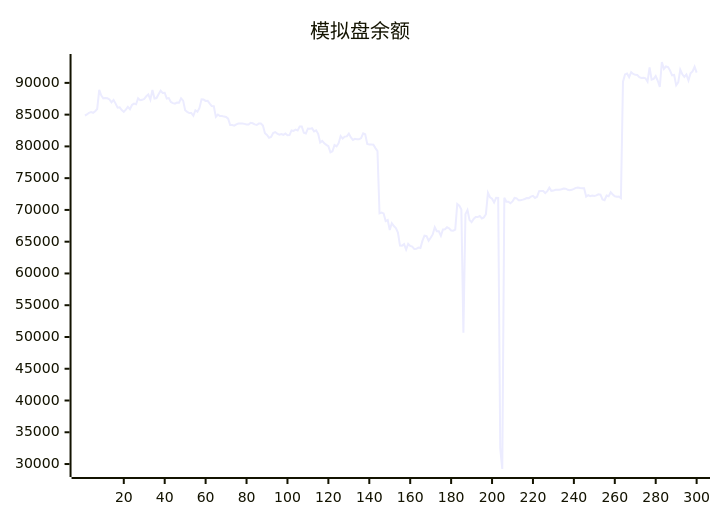
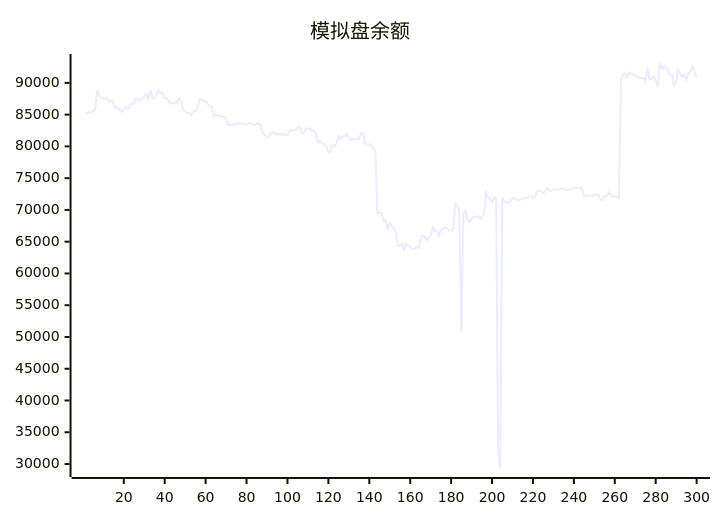
Before and after one commit to aahl/ai-trading: the diagram in README.md, drawn with Mermaid. The commit also changed other lines of this file and 1 other file, not shown here.

````diff
--- a/README.md
+++ b/README.md
@@ -5,5 +5,5 @@
 ```mermaid
 xychart
     title "模拟盘余额"
-    line [84864,85019,85284,85393,85294,85538,85894,88904,88012,87567,87625,87568,87386,86920,87313,86737,86094,86143,85725,85437,85787,86219,85859,86526,86740,86630,87563,87264,87335,87483,87886,88180,87335,88894,87544,87608,88207,88755,88401,88444,87543,87608,87000,86810,86740,86894,86884,87576,87209,85686,85435,85251,85255,84820,85689,85453,86066,87420,87373,87161,87178,86740,86341,86315,84643,85012,84772,84768,84690,84635,84376,83360,83357,83259,83474,83608,83606,83602,83548,83440,83454,83724,83644,83464,83365,83590,83592,83275,82072,81806,81344,81492,82109,82254,82006,81848,81955,81829,82022,81769,81776,82522,82441,82656,82498,83144,83144,82150,82038,82797,82763,82872,82367,82536,81981,80612,80862,80484,80242,80034,79063,79245,80226,80016,80507,81625,81233,81544,81578,82016,81401,81019,81186,81130,81118,81306,82066,81909,80392,80304,80291,80258,79729,79261,69466,69579,69456,68251,68415,66832,67911,67462,67144,66432,64380,64375,64606,63740,64647,64324,64216,63842,63877,64078,64008,65156,65945,65888,65157,65625,66144,67284,66653,66639,65924,66925,66956,67263,67108,66766,66729,66886,70927,70673,70049,50652,69334,69973,68400,68061,68578,68876,68879,69055,68662,68822,69329,72687,71999,71760,71162,71911,71896,32500,29218,71927,71297,71305,71044,71337,71883,71822,71536,71536,71622,71723,71880,71860,72100,72216,71887,72077,72940,72976,72966,72638,72948,73497,73004,73041,73173,73160,73186,73258,73375,73351,73173,73098,73161,73305,73474,73536,73457,73413,73412,72100,72333,72164,72272,72204,72285,72461,72421,71652,71521,72267,72157,72774,72424,72144,72060,72091,71858,90185,91338,91466,90900,91678,91404,91268,91244,90903,90779,90787,90721,90187,92429,90518,90619,91070,90328,89376,93286,92202,92581,92485,91947,91196,91259,89619,90086,92063,91355,90950,91327,90373,91498,91800,92531,91603]
+    line [85019,85284,85393,85294,85538,85894,88904,88012,87567,87625,87568,87386,86920,87313,86737,86094,86143,85725,85437,85787,86219,85859,86526,86740,86630,87563,87264,87335,87483,87886,88180,87335,88894,87544,87608,88207,88755,88401,88444,87543,87608,87000,86810,86740,86894,86884,87576,87209,85686,85435,85251,85255,84820,85689,85453,86066,87420,87373,87161,87178,86740,86341,86315,84643,85012,84772,84768,84690,84635,84376,83360,83357,83259,83474,83608,83606,83602,83548,83440,83454,83724,83644,83464,83365,83590,83592,83275,82072,81806,81344,81492,82109,82254,82006,81848,81955,81829,82022,81769,81776,82522,82441,82656,82498,83144,83144,82150,82038,82797,82763,82872,82367,82536,81981,80612,80862,80484,80242,80034,79063,79245,80226,80016,80507,81625,81233,81544,81578,82016,81401,81019,81186,81130,81118,81306,82066,81909,80392,80304,80291,80258,79729,79261,69466,69579,69456,68251,68415,66832,67911,67462,67144,66432,64380,64375,64606,63740,64647,64324,64216,63842,63877,64078,64008,65156,65945,65888,65157,65625,66144,67284,66653,66639,65924,66925,66956,67263,67108,66766,66729,66886,70927,70673,70049,50652,69334,69973,68400,68061,68578,68876,68879,69055,68662,68822,69329,72687,71999,71760,71162,71911,71896,32500,29218,71927,71297,71305,71044,71337,71883,71822,71536,71536,71622,71723,71880,71860,72100,72216,71887,72077,72940,72976,72966,72638,72948,73497,73004,73041,73173,73160,73186,73258,73375,73351,73173,73098,73161,73305,73474,73536,73457,73413,73412,72100,72333,72164,72272,72204,72285,72461,72421,71652,71521,72267,72157,72774,72424,72144,72060,72091,71858,90185,91338,91466,90900,91678,91404,91268,91244,90903,90779,90787,90721,90187,92429,90518,90619,91070,90328,89376,93286,92202,92581,92485,91947,91196,91259,89619,90086,92063,91355,90950,91327,90373,91498,91800,92531,91603,90910]
 ```
````
